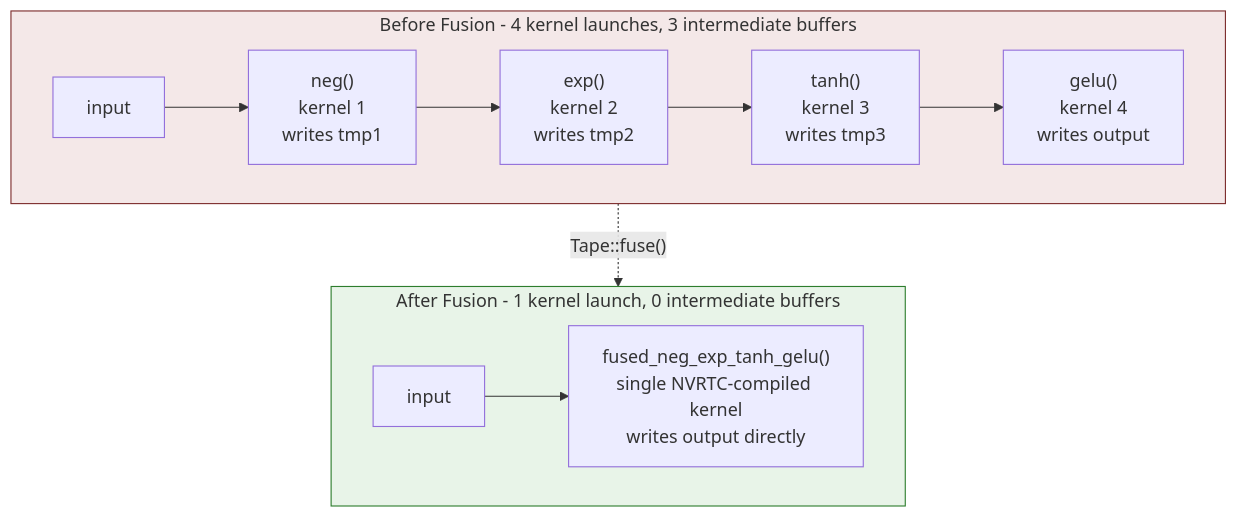
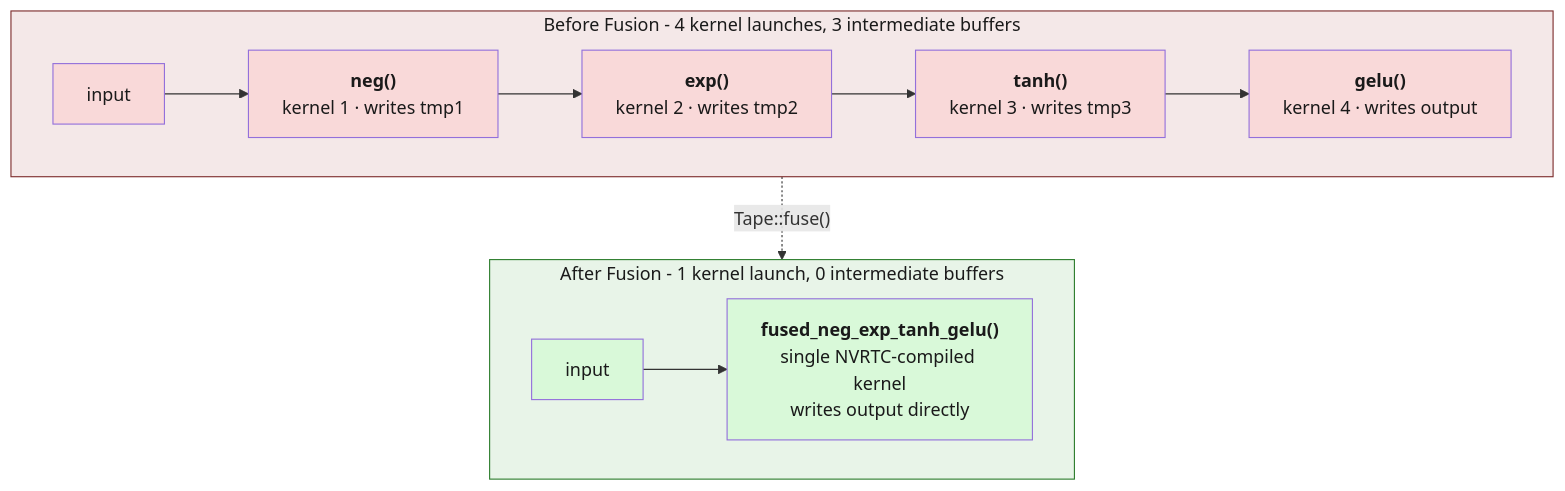
The seventh of 13 diagrams in src/content/projects/paragrad-engine.md (codevardhan/codevardhan.github.io), drawn with Mermaid before and after one commit. The commit also changed other lines of this file and 4 other files, not shown here.

````diff
--- a/src/content/projects/paragrad-engine.md
+++ b/src/content/projects/paragrad-engine.md
@@ -261,15 +242,29 @@
 ```mermaid
 graph TB
     subgraph before["Before Fusion - 4 kernel launches, 3 intermediate buffers"]
-        style before fill:#f4e8e8,stroke:#7d2d2d
+        style before fill:#f4e8e8,stroke:#7d2d2d,color:#1a1a1a
         direction LR
-        I["input"] --> NEG["neg#40;#41;<br/>kernel 1<br/>writes tmp1"] --> EXP["exp#40;#41;<br/>kernel 2<br/>writes tmp2"] --> TANH["tanh#40;#41;<br/>kernel 3<br/>writes tmp3"] --> GELU["gelu#40;#41;<br/>kernel 4<br/>writes output"]
+        I["input"]
+        NEG["<b>neg()</b><br/>kernel 1 · writes tmp1"]
+        EXP["<b>exp()</b><br/>kernel 2 · writes tmp2"]
+        TANH["<b>tanh()</b><br/>kernel 3 · writes tmp3"]
+        GELU["<b>gelu()</b><br/>kernel 4 · writes output"]
+        I --> NEG --> EXP --> TANH --> GELU
+        style I fill:#f9d9d9,color:#1a1a1a
+        style NEG fill:#f9d9d9,color:#1a1a1a
+        style EXP fill:#f9d9d9,color:#1a1a1a
+        style TANH fill:#f9d9d9,color:#1a1a1a
+        style GELU fill:#f9d9d9,color:#1a1a1a
     end
 
     subgraph after["After Fusion - 1 kernel launch, 0 intermediate buffers"]
-        style after fill:#e8f4e8,stroke:#2d7d2d
-        I2["input"] --> FUSED["fused_neg_exp_tanh_gelu#40;#41;<br/>single NVRTC-compiled kernel<br/>writes output directly"]
+        style after fill:#e8f4e8,stroke:#2d7d2d,color:#1a1a1a
+        I2["input"]
+        FUSED["<b>fused_neg_exp_tanh_gelu()</b><br/>single NVRTC-compiled kernel<br/>writes output directly"]
+        I2 --> FUSED
+        style I2 fill:#d9f9d9,color:#1a1a1a
+        style FUSED fill:#d9f9d9,color:#1a1a1a
     end
 
-    before -.->|"Tape::fuse#40;#41;"| after
+    before -.->|"Tape::fuse()"| after
 ```
````
